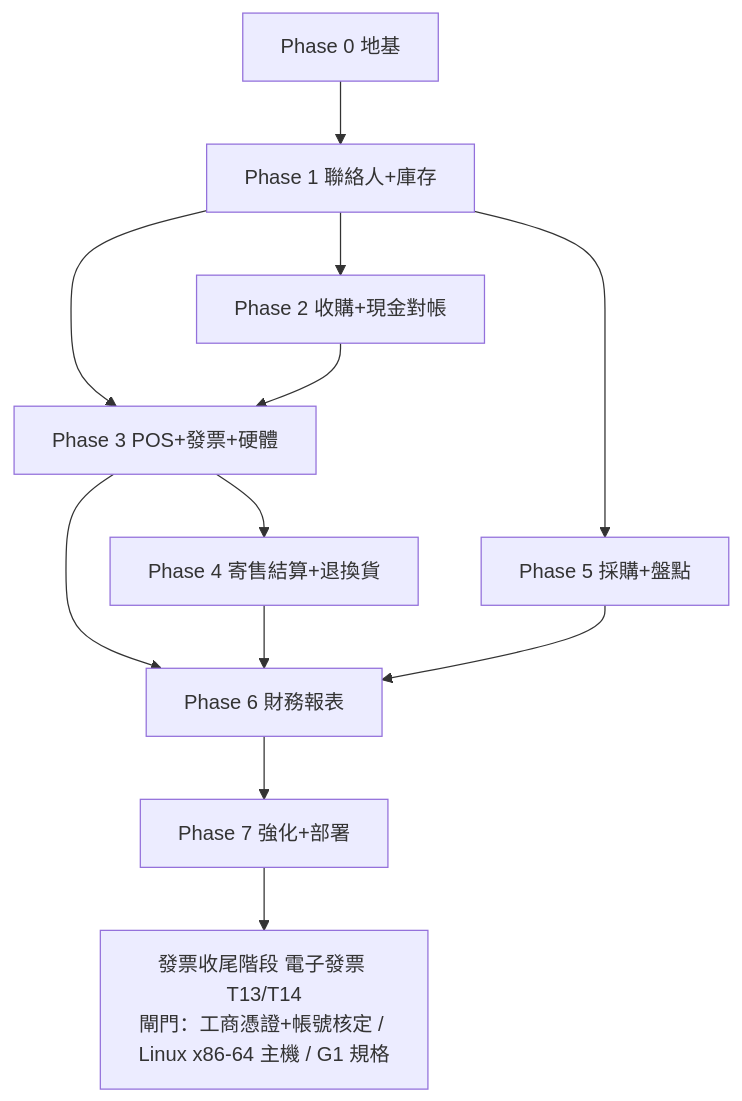
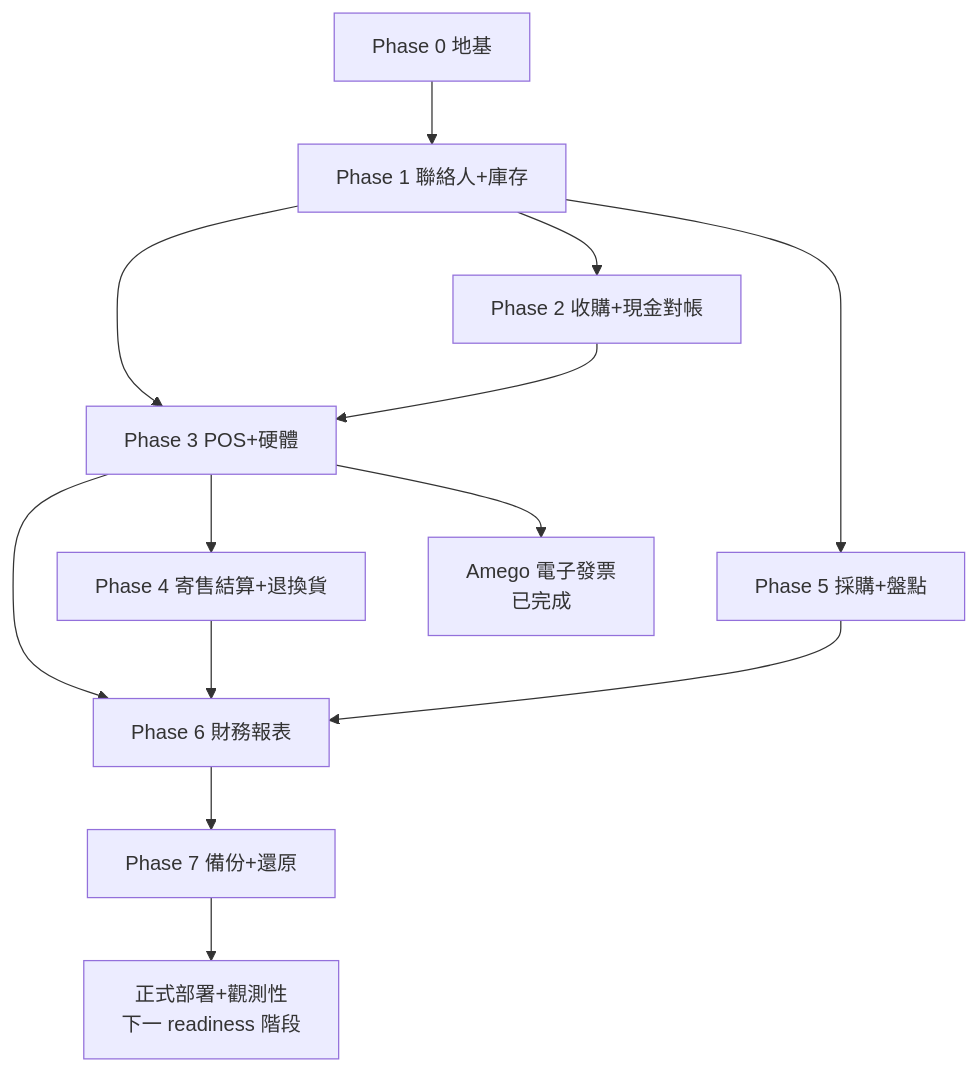
Before and after one commit to achicn3/lu-camp: the diagram in docs/07-roadmap.md, drawn with Mermaid. The commit also changed other lines of this file and 24 other files, not shown here.

````diff
--- a/docs/07-roadmap.md
+++ b/docs/07-roadmap.md
@@ -7,14 +11,15 @@
 ```mermaid
 graph TD
     P0[Phase 0 地基] --> P1[Phase 1 聯絡人+庫存]
     P1 --> P2[Phase 2 收購+現金對帳]
-    P1 --> P3[Phase 3 POS+發票+硬體]
+    P1 --> P3[Phase 3 POS+硬體]
     P2 --> P3
     P3 --> P4[Phase 4 寄售結算+退換貨]
     P1 --> P5[Phase 5 採購+盤點]
     P3 --> P6[Phase 6 財務報表]
     P4 --> P6
     P5 --> P6
-    P6 --> P7[Phase 7 強化+部署]
-    P7 --> EINV[發票收尾階段 電子發票 T13/T14<br/>閘門：工商憑證+帳號核定 / Linux x86-64 主機 / G1 規格]
+    P6 --> P7[Phase 7 備份+還原]
+    P3 --> EINV[Amego 電子發票<br/>已完成]
+    P7 --> READY[正式部署+觀測性<br/>下一 readiness 階段]
 ```
````
